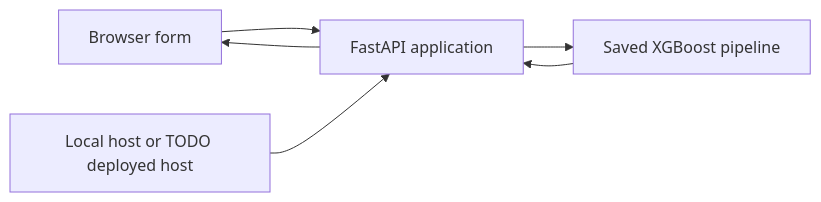
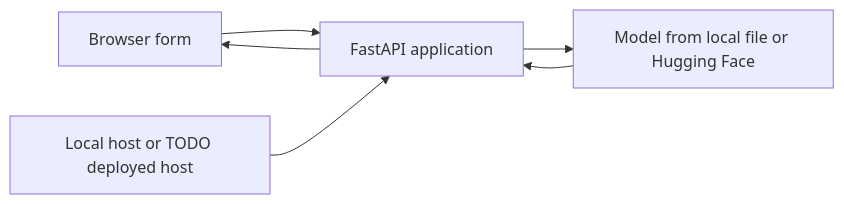
The first of 2 diagrams in README.md (Cyrusz55/TYPE_2_DIABETES_PREDICTION_PROJECT), drawn with Mermaid before and after one commit. The commit also changed other lines of this file and 10 other files, not shown here.

````diff
--- a/README.md
+++ b/README.md
@@ -24,8 +24,8 @@
 ```mermaid
 flowchart LR
     Browser[Browser form] --> FastAPI[FastAPI application]
-    FastAPI --> Model[Saved XGBoost pipeline]
+    FastAPI --> Model[Model from local file or Hugging Face]
     Model --> FastAPI
     FastAPI --> Browser
     Hosting[Local host or TODO deployed host] --> FastAPI
 ```
````
